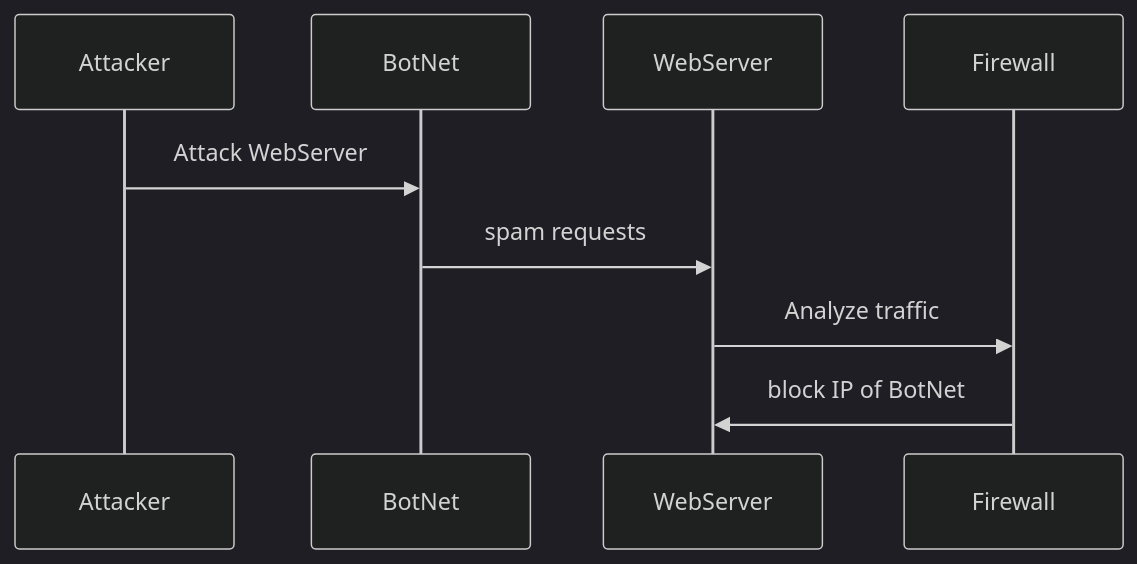
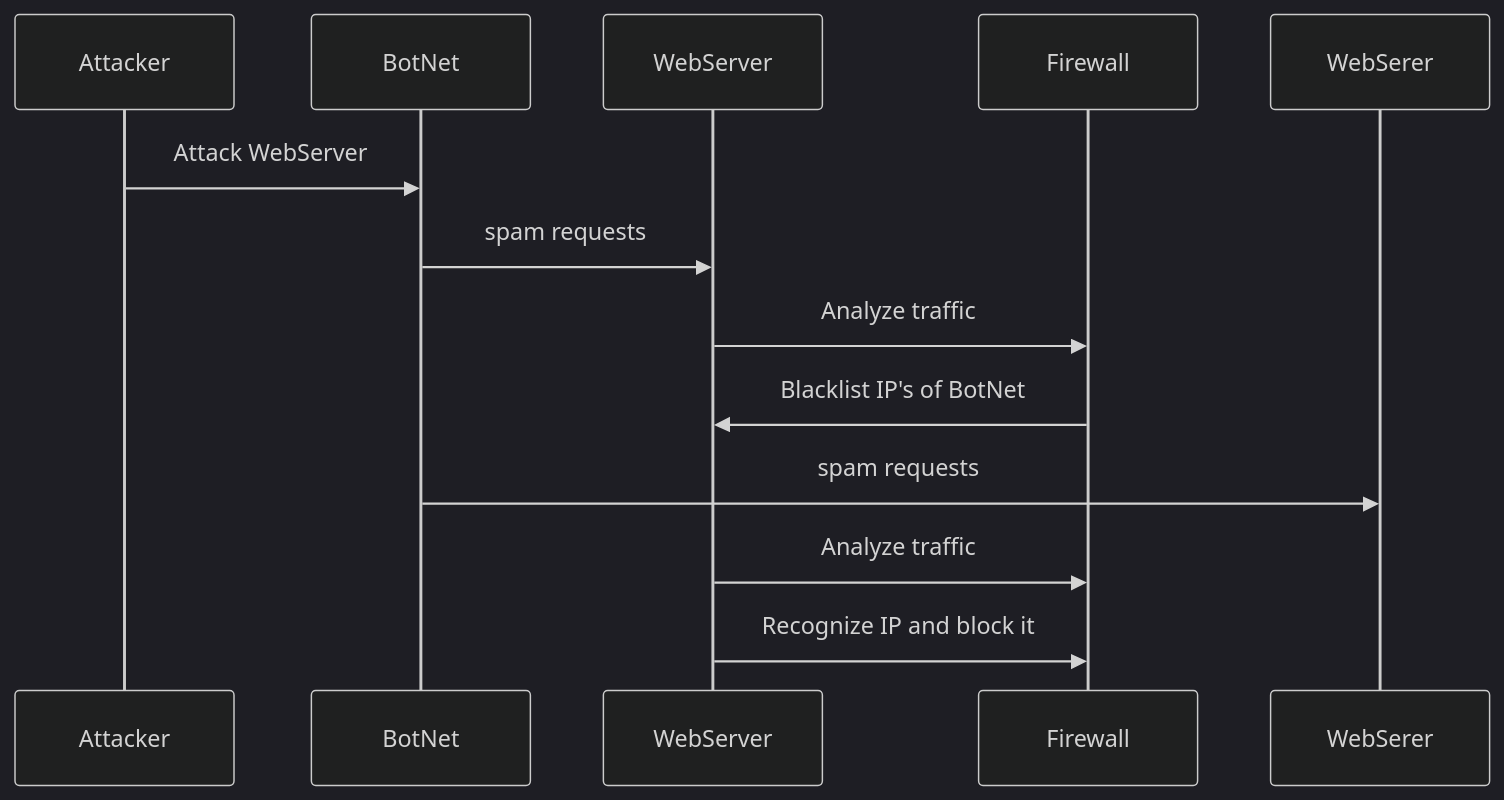
The diagram in DDoS_Attack_Sequence.md (JulianFlicker11/JulianFlicker11.github.io), drawn with Mermaid (dark theme) before and after one commit.

````diff
--- a/DDoS_Attack_Sequence.md
+++ b/DDoS_Attack_Sequence.md
@@ -1,12 +1,14 @@
 ```mermaid
 sequenceDiagram
 participant Attacker
 participant BotNet
 participant WebServer
 participant Firewall
 Attacker->>BotNet: Attack WebServer
 BotNet->>WebServer: spam requests
 WebServer->>Firewall: Analyze traffic
-Firewall->>WebServer: block IP of BotNet
-
+Firewall->>WebServer: Blacklist IP's of BotNet
+BotNet->>WebSerer: spam requests
+WebServer->>Firewall: Analyze traffic
+WebServer->>Firewall: Recognize IP and block it
 ```
````
